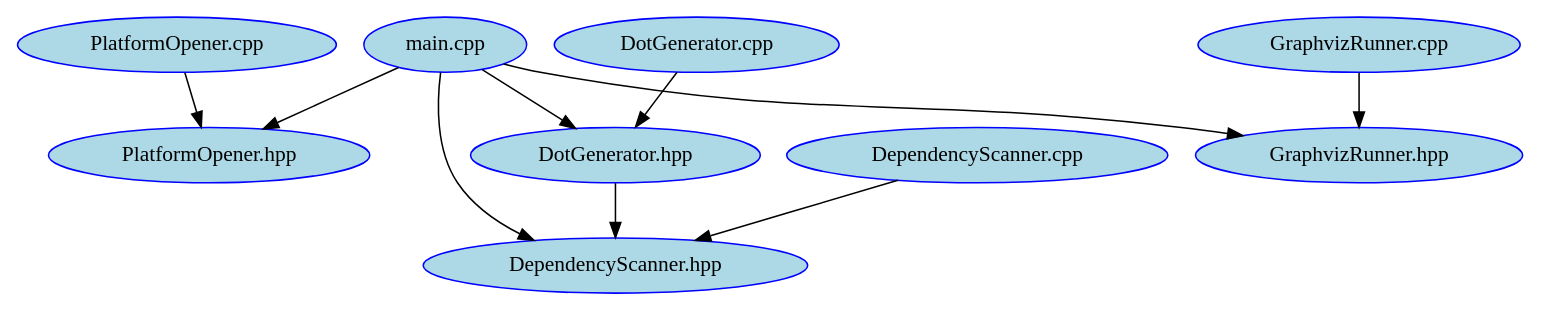
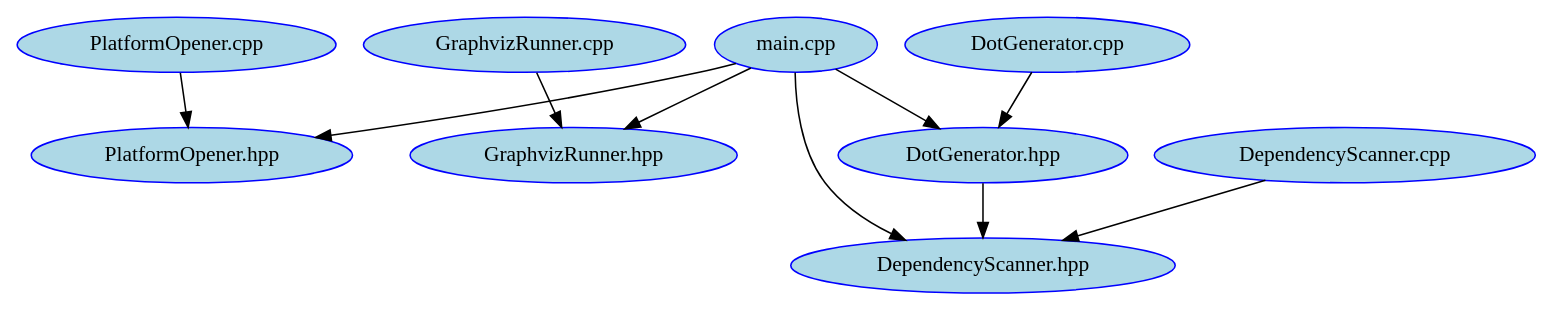
The diagram in dependencies.dot (AlexandraKemperMS/DependencyVisualizer), drawn with Graphviz before and after one commit. The commit also changed other lines of this file and 37 other files, not shown here.

```diff
--- a/dependencies.dot
+++ b/dependencies.dot
@@ -1,15 +1,15 @@
 digraph dependencies {
   node [color=blue, style=filled, fillcolor=lightblue];
   "main.cpp" -> "PlatformOpener.hpp";
+  "main.cpp" -> "GraphvizRunner.hpp";
   "main.cpp" -> "DotGenerator.hpp";
-  "main.cpp" -> "GraphvizRunner.hpp";
   "main.cpp" -> "DependencyScanner.hpp";
+  "PlatformOpener.cpp" -> "PlatformOpener.hpp";
+  "GraphvizRunner.cpp" -> "GraphvizRunner.hpp";
+  "DotGenerator.hpp" -> "DependencyScanner.hpp";
   "DependencyScanner.cpp" -> "DependencyScanner.hpp";
-  "PlatformOpener.hpp";
-  "PlatformOpener.cpp" -> "PlatformOpener.hpp";
   "DotGenerator.cpp" -> "DotGenerator.hpp";
   "DependencyScanner.hpp";
-  "GraphvizRunner.cpp" -> "GraphvizRunner.hpp";
   "GraphvizRunner.hpp";
-  "DotGenerator.hpp" -> "DependencyScanner.hpp";
+  "PlatformOpener.hpp";
 }
```
